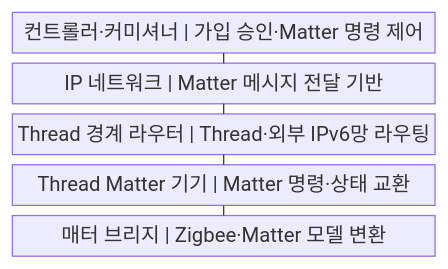
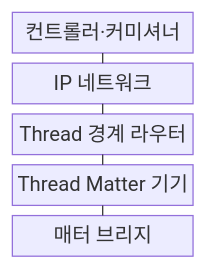
The first of 2 diagrams in src/content/docs/notes/04-network/054_zigbee_thread_matter.md (agnusdei1207/knowledge-base), drawn with Mermaid before and after one commit. The commit also changed 122 other files, not shown here.

````diff
--- a/src/content/docs/notes/04-network/054_zigbee_thread_matter.md
+++ b/src/content/docs/notes/04-network/054_zigbee_thread_matter.md
@@ -57,13 +57,13 @@
 ```mermaid
-block
+block-beta
     columns 1
-    A["컨트롤러·커미셔너 | 가입 승인·Matter 명령 제어"]
-    B["IP 네트워크 | Matter 메시지 전달 기반"]
-    C["Thread 경계 라우터 | Thread·외부 IPv6망 라우팅"]
-    D["Thread Matter 기기 | Matter 명령·상태 교환"]
-    E["매터 브리지 | Zigbee·Matter 모델 변환"]
+    A["컨트롤러·커미셔너"]
+    B["IP 네트워크"]
+    C["Thread 경계 라우터"]
+    D["Thread Matter 기기"]
+    E["매터 브리지"]
     A --- B
     B --- C
     C --- D
     D --- E
 ```
````
